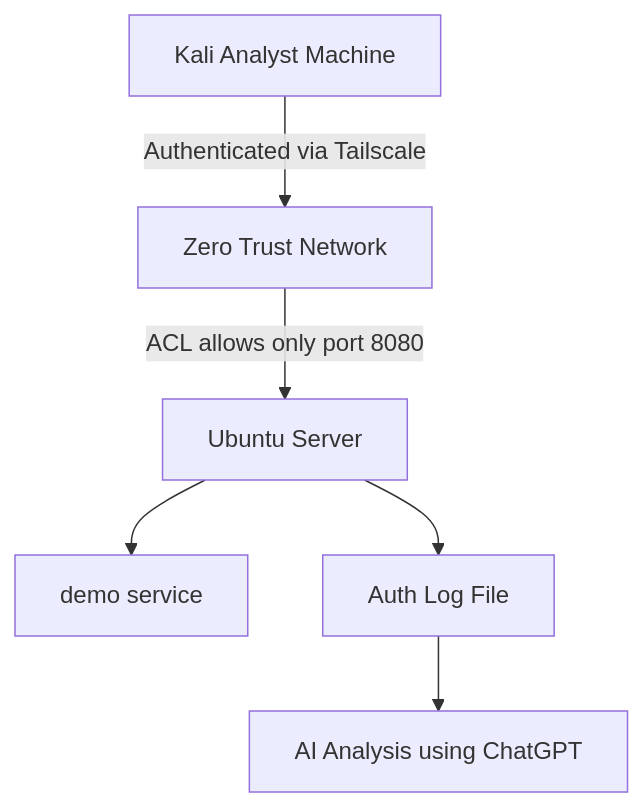
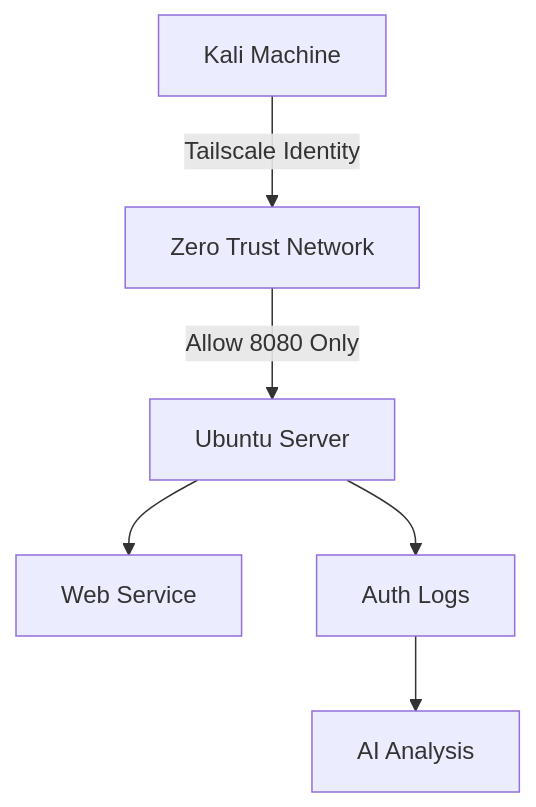
The diagram in README.md (anusree-krishnan/zero-trust-identity-lab), drawn with Mermaid before and after one commit.

Commit message:
Update architecture diagram in README.md

````diff
--- a/README.md
+++ b/README.md
@@ -79,9 +79,9 @@
 ```mermaid
 graph TD
-    A[Kali Analyst Machine] -->|Authenticated via Tailscale| B[Zero Trust Network]
-    B -->|ACL allows only port 8080| C[Ubuntu Server]
-    C --> D[demo service]
+    A[Kali Machine] -->|Tailscale Identity| B[Zero Trust Network]
+    B -->|Allow 8080 Only| C[Ubuntu Server]
+    C --> D[Web Service]
 
-    C --> E[Auth Log File]
-    E --> F[AI Analysis using ChatGPT]
+    C --> E[Auth Logs]
+    E --> F[AI Analysis]
 ```
````
